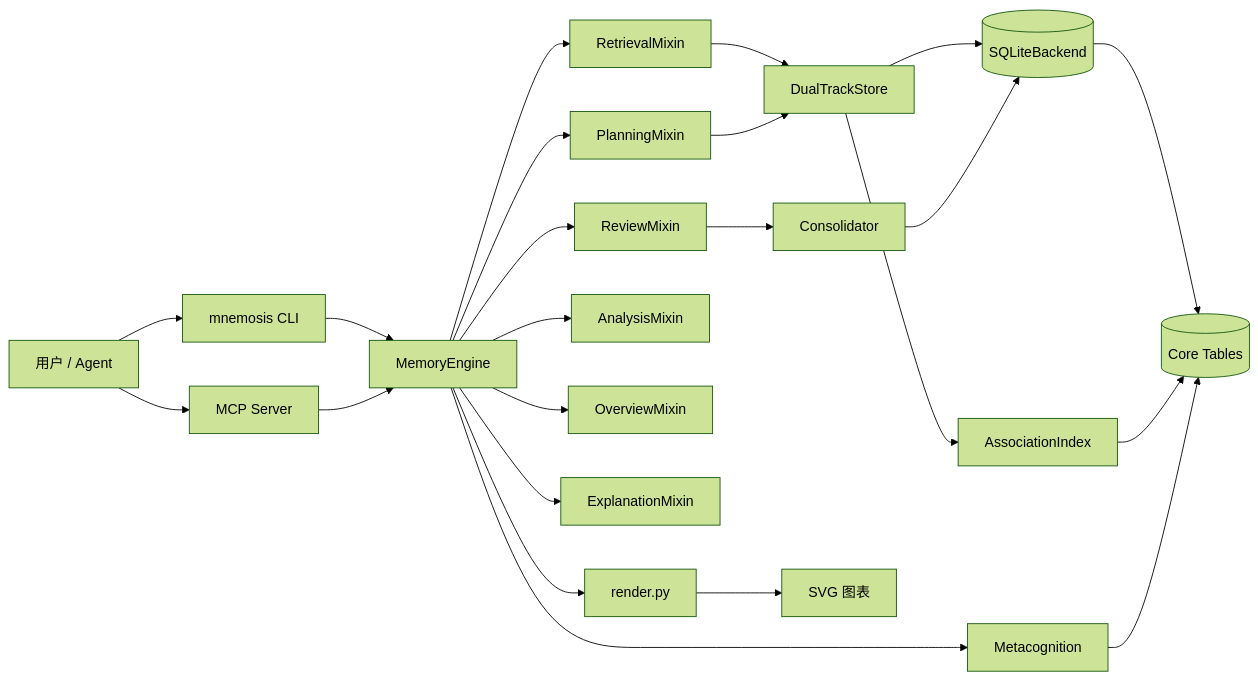
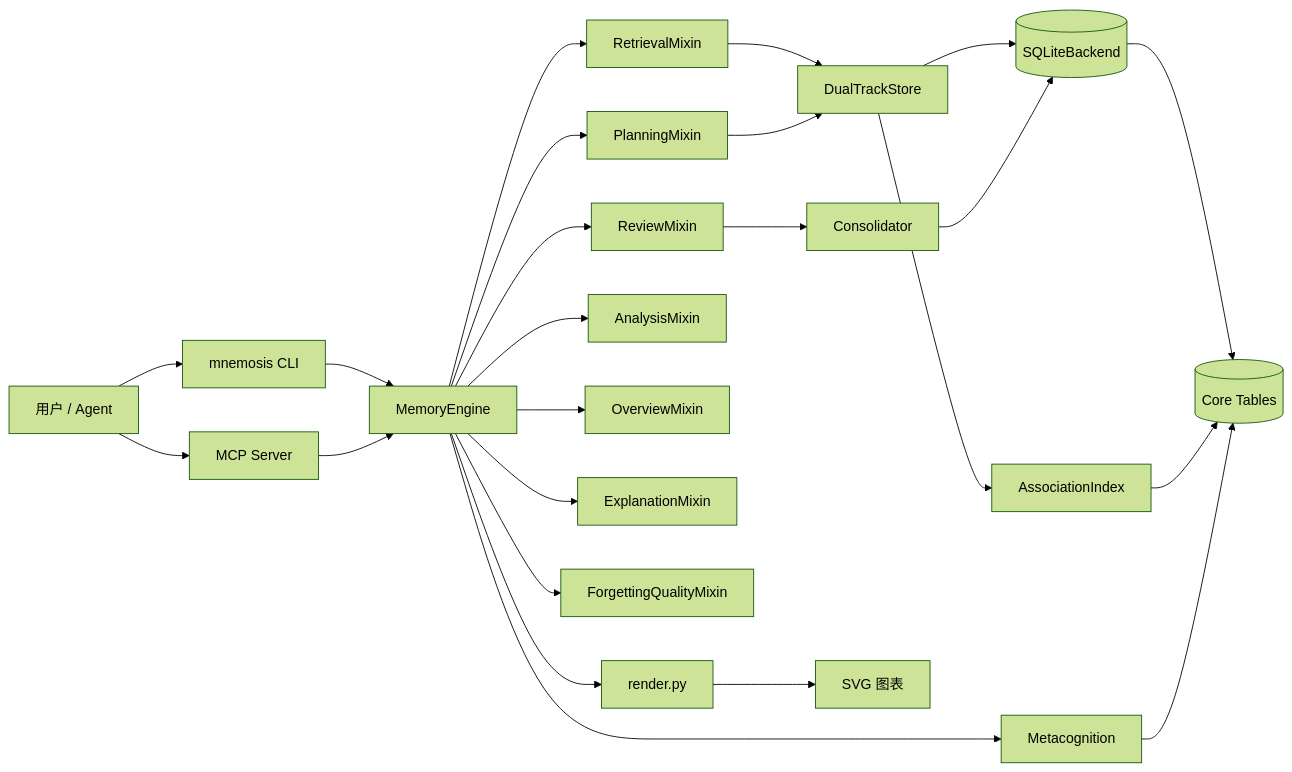
The diagram in docs/architecture.md (liyexiaoyi/Mnemosis), drawn with Mermaid (forest theme) before and after one commit. The commit also changed other lines of this file and 5 other files, not shown here.

Commit message:
refactor: split forgetting-quality report methods into ForgettingQualityMixin (tenth slice)

````diff
--- a/docs/architecture.md
+++ b/docs/architecture.md
@@ -81,25 +82,26 @@
 ```mermaid
 flowchart LR
     U["用户 / Agent"] --> CLI["mnemosis CLI"]
     U --> MCP["MCP Server"]
     CLI --> E[MemoryEngine]
     MCP --> E
     E --> RM[RetrievalMixin]
     E --> PM[PlanningMixin]
     E --> VM[ReviewMixin]
     E --> AM[AnalysisMixin]
     E --> OM[OverviewMixin]
     E --> EM[ExplanationMixin]
+    E --> FM[ForgettingQualityMixin]
     RM --> DT[DualTrackStore]
     PM --> DT
     VM --> C[Consolidator]
     DT --> B[(SQLiteBackend)]
     C --> B
     B --> L[("Core Tables")]
     DT --> AI[AssociationIndex]
     E --> MC[Metacognition]
     E --> R[render.py]
     R --> SVG["SVG 图表"]
     AI --> L
     MC --> L
 ```
````
